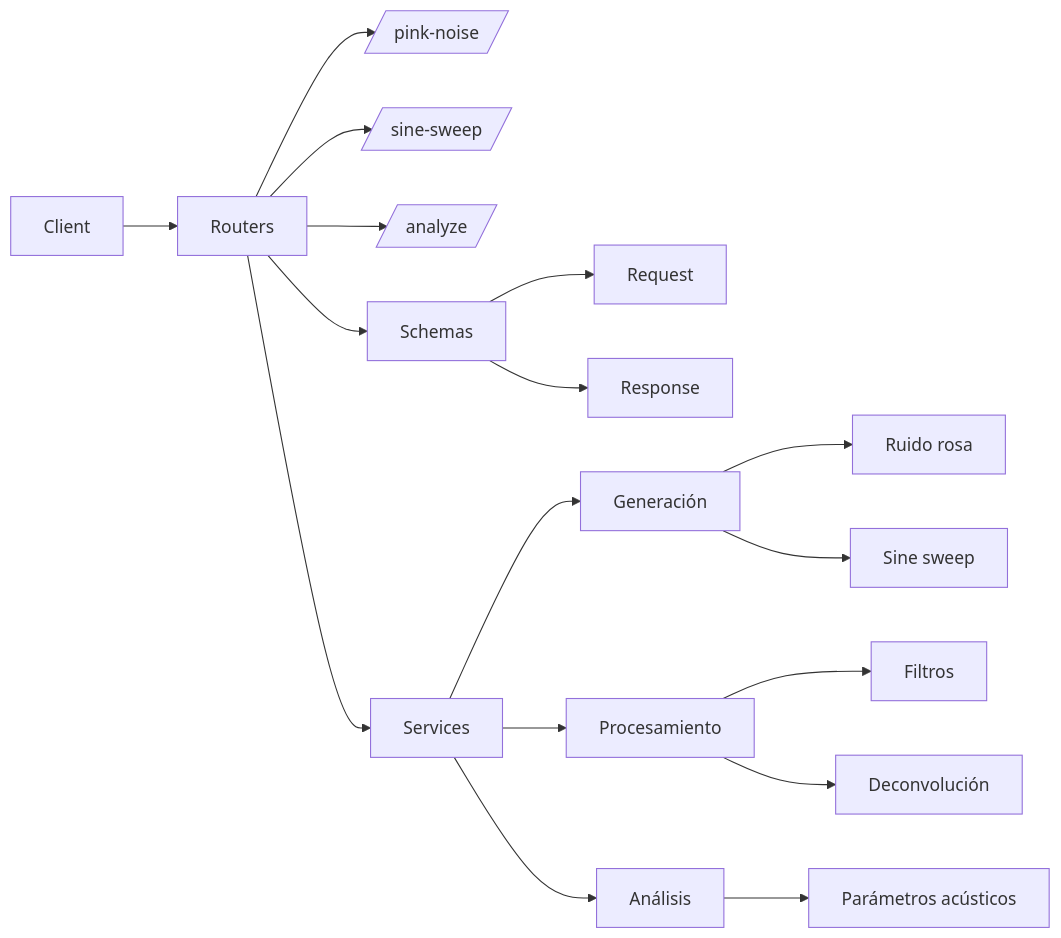
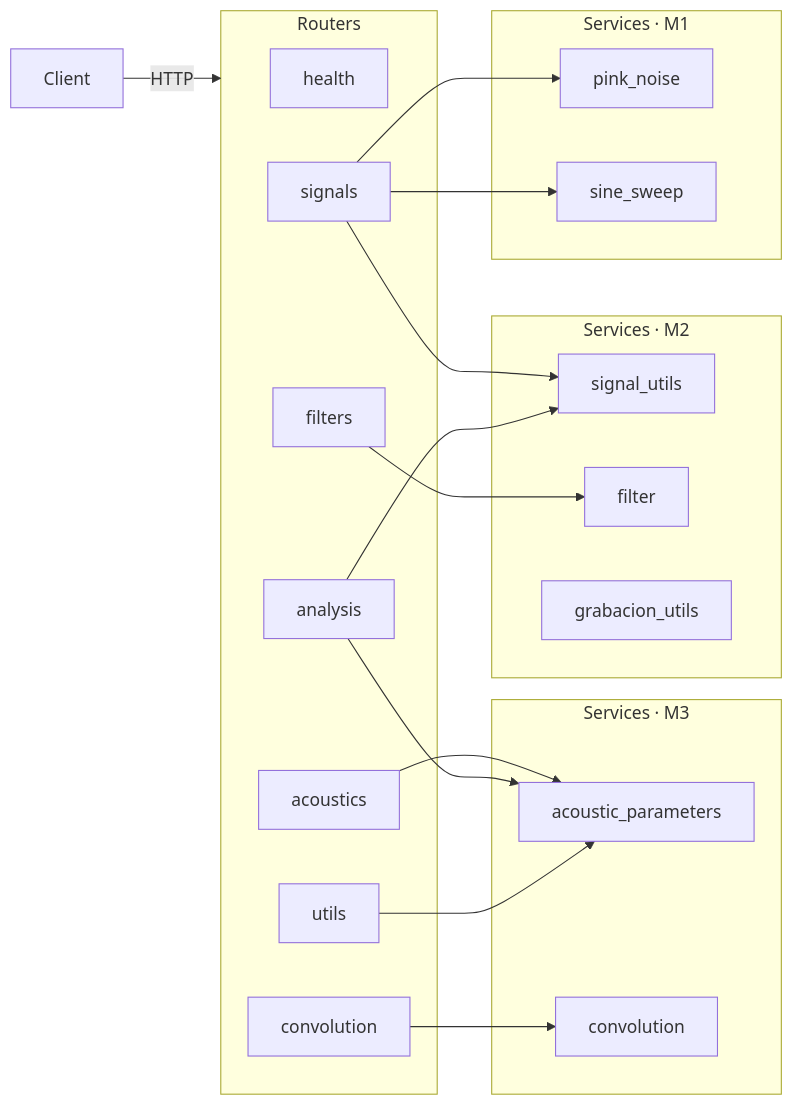
The diagram in README.md (IvoNManoli/Trabajo_Practico_Senales_y_Sistemas_2026---RIR_API), drawn with Mermaid before and after one commit. The commit also changed other lines of this file and 1 other file, not shown here.

````diff
--- a/README.md
+++ b/README.md
@@ -81,29 +79,37 @@
 ```mermaid
 graph LR
-    Client --> R[Routers]
+    Client -->|HTTP| R
 
-    R --> PN[/pink-noise/]
-    R --> SS[/sine-sweep/]
-    R --> AN[/analyze/]
+    subgraph R[Routers]
+        r1[health]
+        r2[signals]
+        r3[filters]
+        r4[acoustics]
+        r5[analysis]
+        r6[convolution]
+        r7[utils]
+    end
 
-    R --> Sch[Schemas]
+    subgraph M1[Services · M1]
+        s1[pink_noise]
+        s2[sine_sweep]
+    end
 
-    Sch --> Req[Request]
-    Sch --> Res[Response]
+    subgraph M2[Services · M2]
+        s3[signal_utils]
+        s4[filter]
+        s5[grabacion_utils]
+    end
 
-    R --> S[Services]
+    subgraph M3[Services · M3]
+        s6[acoustic_parameters]
+        s7[convolution]
+    end
 
-    %% M1
-    S --> Gen[Generación]
-    Gen --> PN2[Ruido rosa]
-    Gen --> SS2[Sine sweep]
-
-    %% M2
-    S --> Proc[Procesamiento]
-    Proc --> Filtros[Filtros]
-    Proc --> Deconv[Deconvolución]
-
-    %% M3
-    S --> Analisis[Análisis]
-    Analisis --> Params[Parámetros acústicos]
+    r2 --> s1 & s2 & s3
+    r3 --> s4
+    r4 --> s6
+    r5 --> s3 & s6
+    r6 --> s7
+    r7 --> s6
 ```
````
